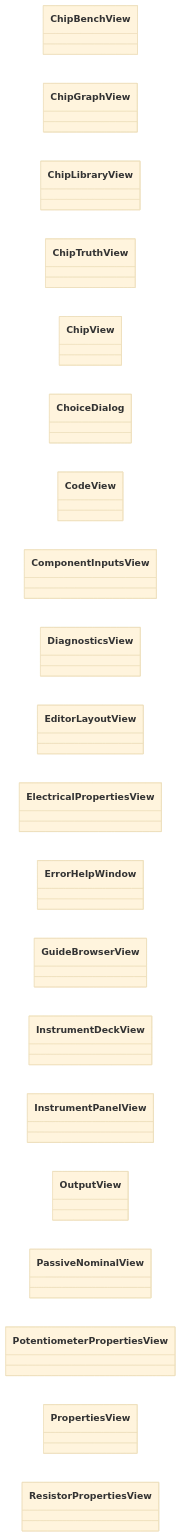
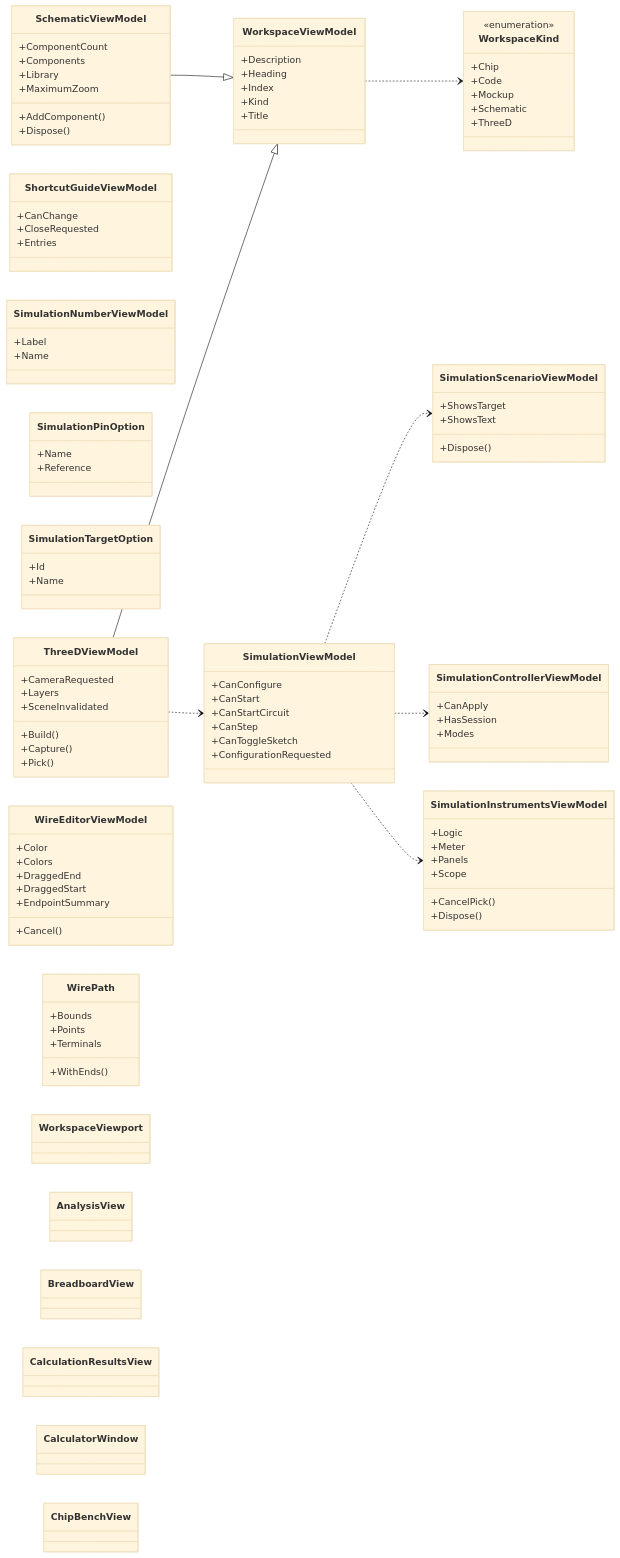
One commit to Ismail-DEV-dg/3D-physical-Technical-constructor changed the diagram in docs/uml/generated/views-viewmodels-app-08.mmd. Above: the diagram before and after it, drawn with Mermaid (base theme). The commit also changed 119 other files, not shown here.

Commit message:
Обновить руководство, галерею и UML для Circuit Editor 1.0.0

```diff
--- a/docs/uml/generated/views-viewmodels-app-08.mmd
+++ b/docs/uml/generated/views-viewmodels-app-08.mmd
@@ -1,22 +1,89 @@
 classDiagram
     direction LR
-    class T01["ChipBenchView"]
-    class T02["ChipGraphView"]
-    class T03["ChipLibraryView"]
-    class T04["ChipTruthView"]
-    class T05["ChipView"]
-    class T06["ChoiceDialog"]
-    class T07["CodeView"]
-    class T08["ComponentInputsView"]
-    class T09["DiagnosticsView"]
-    class T10["EditorLayoutView"]
-    class T11["ElectricalPropertiesView"]
-    class T12["ErrorHelpWindow"]
-    class T13["GuideBrowserView"]
-    class T14["InstrumentDeckView"]
-    class T15["InstrumentPanelView"]
-    class T16["OutputView"]
-    class T17["PassiveNominalView"]
-    class T18["PotentiometerPropertiesView"]
-    class T19["PropertiesView"]
-    class T20["ResistorPropertiesView"]
+    class T01["SchematicViewModel"]
+    T01 : +AddComponent()
+    T01 : +ComponentCount
+    T01 : +Components
+    T01 : +Dispose()
+    T01 : +Library
+    T01 : +MaximumZoom
+    class T02["ShortcutGuideViewModel"]
+    T02 : +CanChange
+    T02 : +CloseRequested
+    T02 : +Entries
+    class T03["SimulationControllerViewModel"]
+    T03 : +CanApply
+    T03 : +HasSession
+    T03 : +Modes
+    class T04["SimulationInstrumentsViewModel"]
+    T04 : +CancelPick()
+    T04 : +Dispose()
+    T04 : +Logic
+    T04 : +Meter
+    T04 : +Panels
+    T04 : +Scope
+    class T05["SimulationNumberViewModel"]
+    T05 : +Label
+    T05 : +Name
+    class T06["SimulationPinOption"]
+    T06 : +Name
+    T06 : +Reference
+    class T07["SimulationScenarioViewModel"]
+    T07 : +Dispose()
+    T07 : +ShowsTarget
+    T07 : +ShowsText
+    class T08["SimulationTargetOption"]
+    T08 : +Id
+    T08 : +Name
+    class T09["SimulationViewModel"]
+    T09 : +CanConfigure
+    T09 : +CanStart
+    T09 : +CanStartCircuit
+    T09 : +CanStep
+    T09 : +CanToggleSketch
+    T09 : +ConfigurationRequested
+    class T10["ThreeDViewModel"]
+    T10 : +Build()
+    T10 : +CameraRequested
+    T10 : +Capture()
+    T10 : +Layers
+    T10 : +Pick()
+    T10 : +SceneInvalidated
+    class T11["WireEditorViewModel"]
+    T11 : +Cancel()
+    T11 : +Color
+    T11 : +Colors
+    T11 : +DraggedEnd
+    T11 : +DraggedStart
+    T11 : +EndpointSummary
+    class T12["WirePath"]
+    T12 : +Bounds
+    T12 : +Points
+    T12 : +Terminals
+    T12 : +WithEnds()
+    class T13["WorkspaceKind"]
+    <<enumeration>> T13
+    T13 : +Chip
+    T13 : +Code
+    T13 : +Mockup
+    T13 : +Schematic
+    T13 : +ThreeD
+    class T14["WorkspaceViewModel"]
+    T14 : +Description
+    T14 : +Heading
+    T14 : +Index
+    T14 : +Kind
+    T14 : +Title
+    class T15["WorkspaceViewport"]
+    class T16["AnalysisView"]
+    class T17["BreadboardView"]
+    class T18["CalculationResultsView"]
+    class T19["CalculatorWindow"]
+    class T20["ChipBenchView"]
+    T01 --|> T14
+    T09 ..> T07
+    T09 ..> T03
+    T09 ..> T04
+    T10 --|> T14
+    T10 ..> T09
+    T14 ..> T13
```
